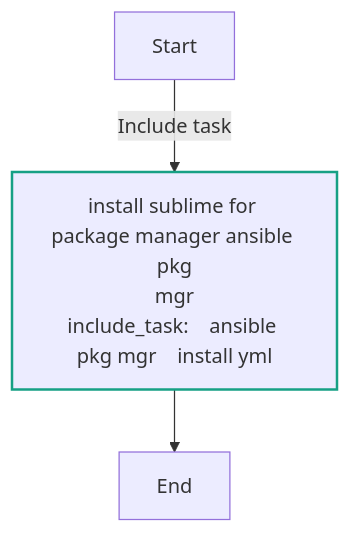
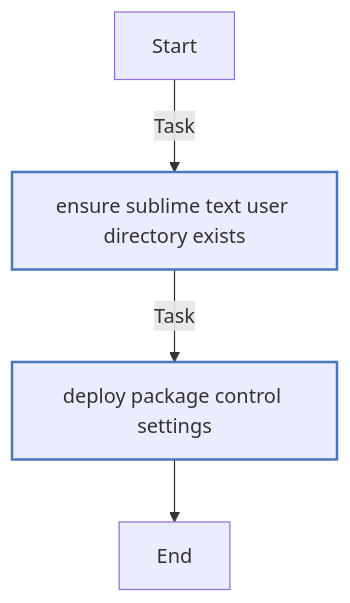
One commit to mvk/ansible-role-subl changed the seventh of 7 diagrams in README.md. Above: the diagram before and after it, drawn with Mermaid. The commit also changed other lines of this file and 5 other files, not shown here.

````diff
--- a/README.md
+++ b/README.md
@@ -148,15 +246,16 @@
 ```mermaid
 flowchart TD
 Start
 classDef block stroke:#3498db,stroke-width:2px;
 classDef task stroke:#4b76bb,stroke-width:2px;
 classDef includeTasks stroke:#16a085,stroke-width:2px;
 classDef importTasks stroke:#34495e,stroke-width:2px;
 classDef includeRole stroke:#2980b9,stroke-width:2px;
 classDef importRole stroke:#699ba7,stroke-width:2px;
 classDef includeVars stroke:#8e44ad,stroke-width:2px;
 classDef rescue stroke:#665352,stroke-width:2px;
 
-  Start-->|Include task| Install_sublime_for_package_manager_ansible_pkg_mgr____ansible_pkg_mgr____install_yml_0[install sublime for package manager ansible pkg<br>mgr<br>include_task:    ansible pkg mgr    install yml]:::includeTasks
-  Install_sublime_for_package_manager_ansible_pkg_mgr____ansible_pkg_mgr____install_yml_0-->End
+  Start-->|Task| Ensure_Sublime_Text_User_directory_exists0[ensure sublime text user directory exists]:::task
+  Ensure_Sublime_Text_User_directory_exists0-->|Task| Deploy_Package_Control_settings1[deploy package control settings]:::task
+  Deploy_Package_Control_settings1-->End
 ```
````
